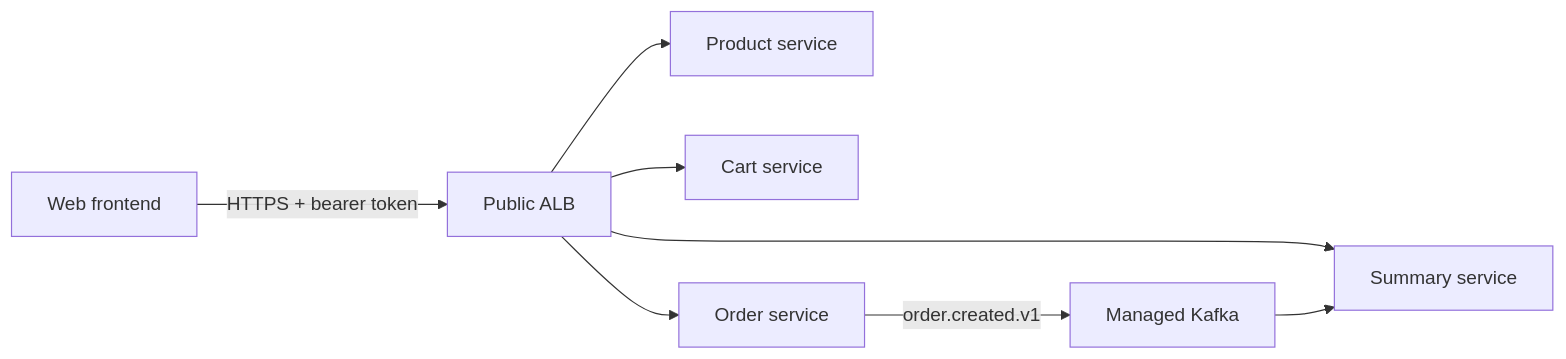
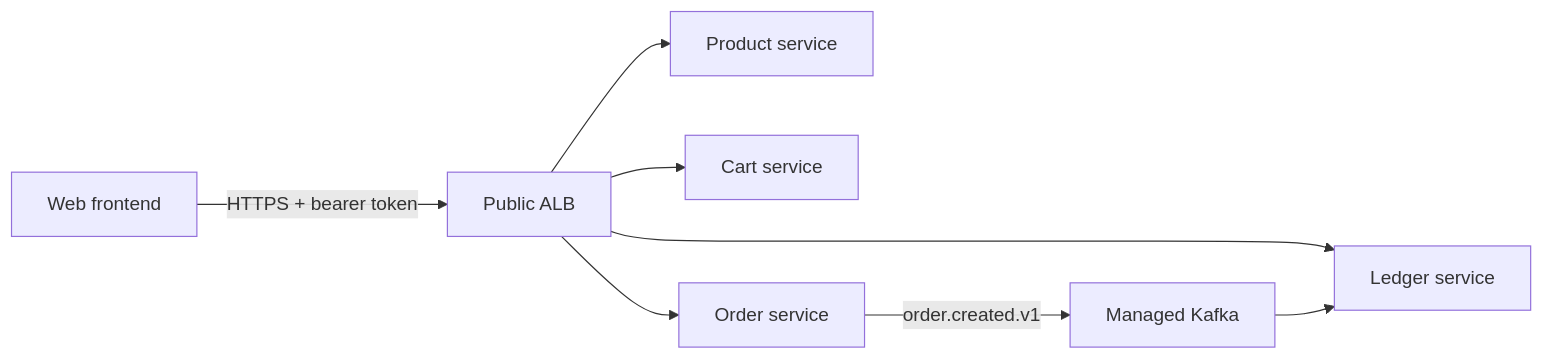
One commit to tukue/grocery-microservices changed the diagram in docs/production-alignment-roadmap.md. Above: the diagram before and after it, drawn with Mermaid. The commit also changed other lines of this file and 63 other files, not shown here.

First line of the commit message:
Feature/rename summary to ledger service (#76)

````diff
--- a/docs/production-alignment-roadmap.md
+++ b/docs/production-alignment-roadmap.md
@@ -47,10 +47,10 @@
 ```mermaid
 flowchart LR
   Browser[Web frontend] -->|HTTPS + bearer token| ALB[Public ALB]
   ALB --> Product[Product service]
   ALB --> Cart[Cart service]
   ALB --> Order[Order service]
-  ALB --> Summary[Summary service]
+  ALB --> Summary[Ledger service]
   Order -->|order.created.v1| Kafka[Managed Kafka]
   Kafka --> Summary
 ```
````
